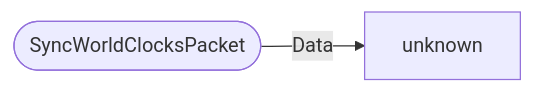
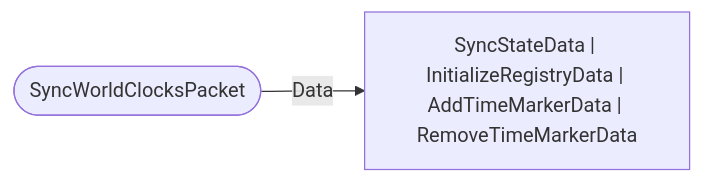
The diagram in schemas/packets/SyncWorldClocksPacket.md (bedrock-v/protocol-docs), drawn with Mermaid before and after one commit. The commit also changed 114 other files, not shown here.

````diff
--- a/schemas/packets/SyncWorldClocksPacket.md
+++ b/schemas/packets/SyncWorldClocksPacket.md
@@ -10,5 +10,5 @@
 ```mermaid
 flowchart LR
   ROOT(["SyncWorldClocksPacket"])
-  ROOT -->|"Data"| unknown["unknown"]
+  ROOT -->|"Data"| SyncStateData___InitializeRegistryData___AddTimeMarkerData___RemoveTimeMarkerData["SyncStateData | InitializeRegistryData | AddTimeMarkerData | RemoveTimeMarkerData"]
 ```
````
